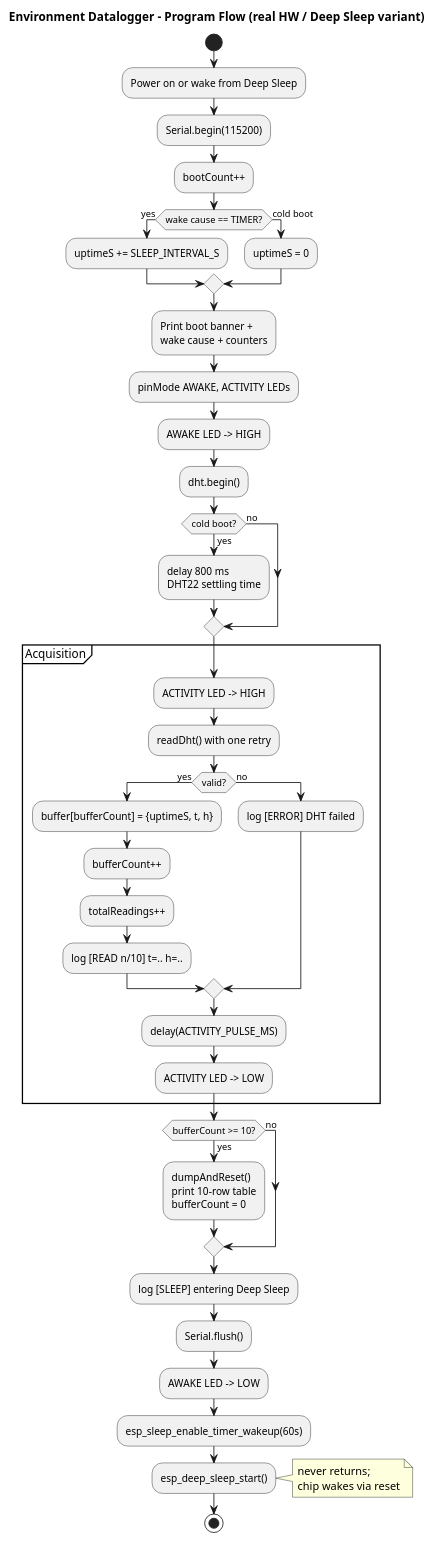
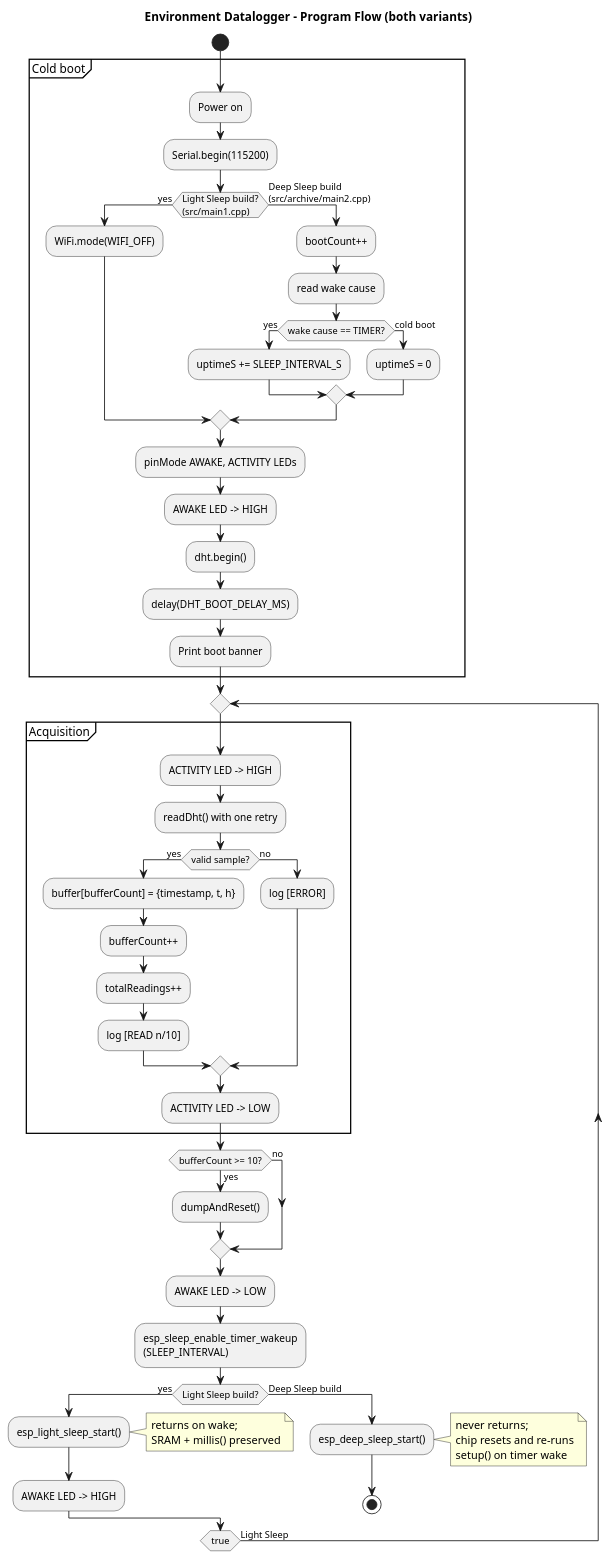
Before and after one commit to Ivek-rgb/RUS--Bencic: the diagram in LAB2/docs/program_flow.puml, drawn with PlantUML. The commit also changed 13 other files, not shown here.

```diff
--- a/LAB2/docs/program_flow.puml
+++ b/LAB2/docs/program_flow.puml
@@ -1,52 +1,68 @@
 @startuml program_flow
-title Environment Datalogger - Program Flow (real HW / Deep Sleep variant)
+title Environment Datalogger - Program Flow (both variants)
 
 start
-:Power on or wake from Deep Sleep;
-:Serial.begin(115200);
-:bootCount++;
-if (wake cause == TIMER?) then (yes)
-  :uptimeS += SLEEP_INTERVAL_S;
-else (cold boot)
-  :uptimeS = 0;
-endif
-:Print boot banner +\nwake cause + counters;
 
-:pinMode AWAKE, ACTIVITY LEDs;
-:AWAKE LED -> HIGH;
-:dht.begin();
-if (cold boot?) then (yes)
-  :delay 800 ms\nDHT22 settling time;
-else (no)
-endif
-
-partition "Acquisition" {
-  :ACTIVITY LED -> HIGH;
-  :readDht() with one retry;
-  if (valid?) then (yes)
-    :buffer[bufferCount] = {uptimeS, t, h};
-    :bufferCount++;
-    :totalReadings++;
-    :log [READ n/10] t=.. h=..;
-  else (no)
-    :log [ERROR] DHT failed;
+partition "Cold boot" {
+  :Power on;
+  :Serial.begin(115200);
+  if (Light Sleep build?\n(src/main1.cpp)) then (yes)
+    :WiFi.mode(WIFI_OFF);
+  else (Deep Sleep build\n(src/archive/main2.cpp))
+    :bootCount++;
+    :read wake cause;
+    if (wake cause == TIMER?) then (yes)
+      :uptimeS += SLEEP_INTERVAL_S;
+    else (cold boot)
+      :uptimeS = 0;
+    endif
   endif
-  :delay(ACTIVITY_PULSE_MS);
-  :ACTIVITY LED -> LOW;
+  :pinMode AWAKE, ACTIVITY LEDs;
+  :AWAKE LED -> HIGH;
+  :dht.begin();
+  :delay(DHT_BOOT_DELAY_MS);
+  :Print boot banner;
 }
 
-if (bufferCount >= 10?) then (yes)
-  :dumpAndReset()\nprint 10-row table\nbufferCount = 0;
-else (no)
-endif
+repeat
+  partition "Acquisition" {
+    :ACTIVITY LED -> HIGH;
+    :readDht() with one retry;
+    if (valid sample?) then (yes)
+      :buffer[bufferCount] = {timestamp, t, h};
+      :bufferCount++;
+      :totalReadings++;
+      :log [READ n/10];
+    else (no)
+      :log [ERROR];
+    endif
+    :ACTIVITY LED -> LOW;
+  }
 
-:log [SLEEP] entering Deep Sleep;
-:Serial.flush();
-:AWAKE LED -> LOW;
-:esp_sleep_enable_timer_wakeup(60s);
-:esp_deep_sleep_start();
-note right: never returns;\nchip wakes via reset
+  if (bufferCount >= 10?) then (yes)
+    :dumpAndReset();
+  else (no)
+  endif
 
-stop
+  :AWAKE LED -> LOW;
+  :esp_sleep_enable_timer_wakeup\n(SLEEP_INTERVAL);
+
+  if (Light Sleep build?) then (yes)
+    :esp_light_sleep_start();
+    note right
+      returns on wake;
+      SRAM + millis() preserved
+    end note
+    :AWAKE LED -> HIGH;
+  else (Deep Sleep build)
+    :esp_deep_sleep_start();
+    note right
+      never returns;
+      chip resets and re-runs
+      setup() on timer wake
+    end note
+    stop
+  endif
+repeat while (true) is (Light Sleep)
 
 @enduml
```
